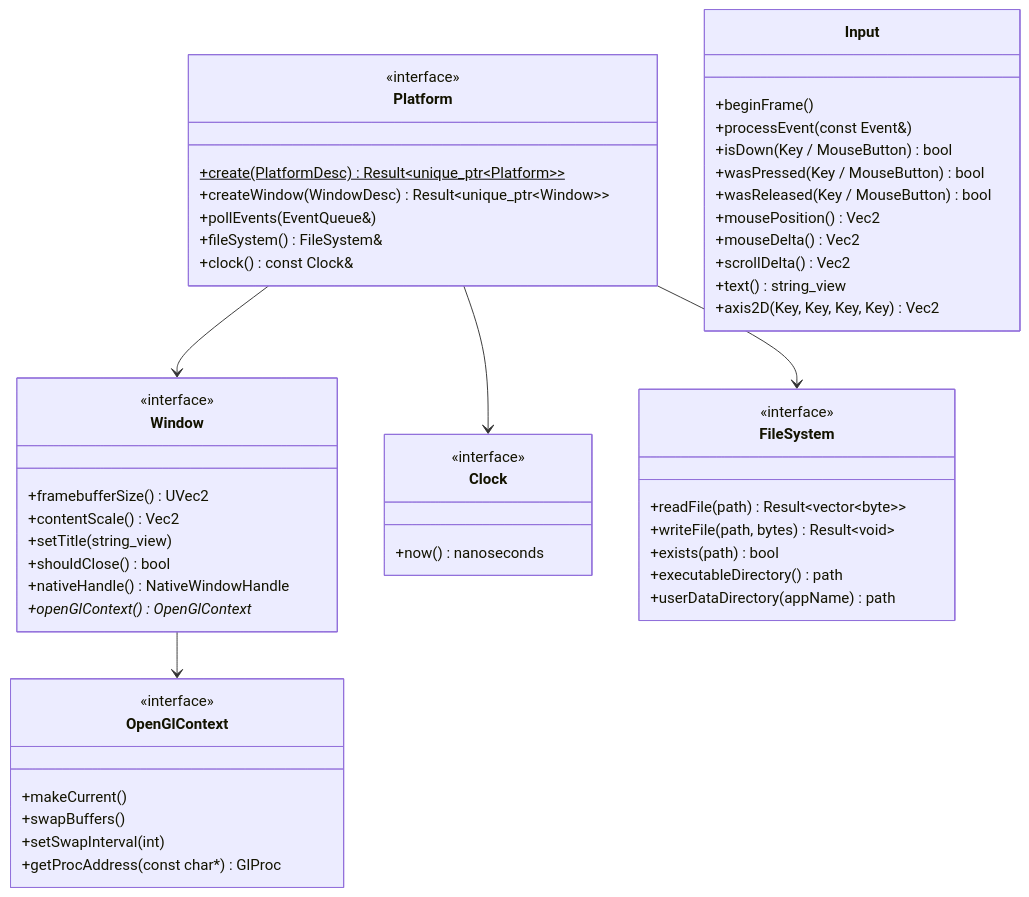
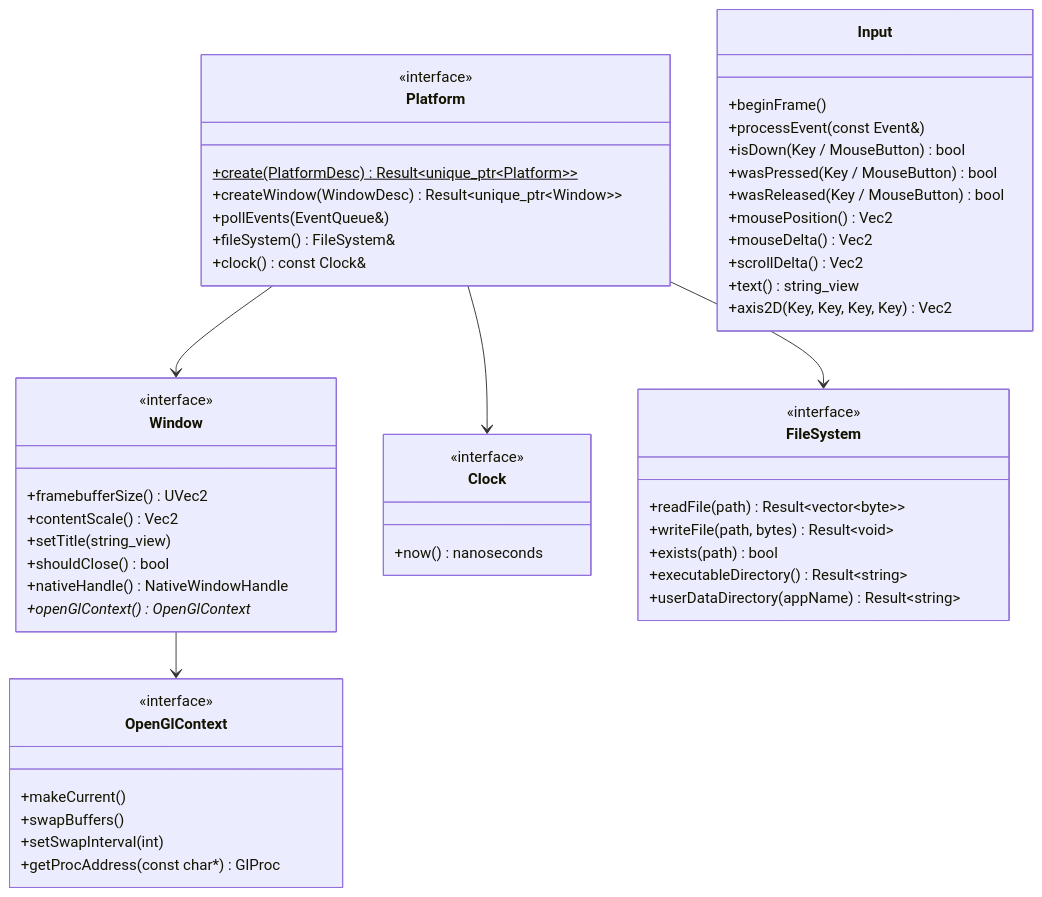
Before and after one commit to fyernald/teserra: the diagram in docs/architecture/platform-abstraction.md, drawn with Mermaid. The commit also changed other lines of this file and 11 other files, not shown here.

````diff
--- a/docs/architecture/platform-abstraction.md
+++ b/docs/architecture/platform-abstraction.md
@@ -21,55 +21,55 @@
 ```mermaid
 classDiagram
     class Platform {
         <<interface>>
         +create(PlatformDesc) Result~unique_ptr~Platform~~$
         +createWindow(WindowDesc) Result~unique_ptr~Window~~
         +pollEvents(EventQueue&)
         +fileSystem() FileSystem&
         +clock() const Clock&
     }
     class Window {
         <<interface>>
         +framebufferSize() UVec2
         +contentScale() Vec2
         +setTitle(string_view)
         +shouldClose() bool
         +nativeHandle() NativeWindowHandle
         +openGlContext() OpenGlContext*
     }
     class OpenGlContext {
         <<interface>>
         +makeCurrent()
         +swapBuffers()
         +setSwapInterval(int)
         +getProcAddress(const char*) GlProc
     }
     class Input {
         +beginFrame()
         +processEvent(const Event&)
         +isDown(Key / MouseButton) bool
         +wasPressed(Key / MouseButton) bool
         +wasReleased(Key / MouseButton) bool
         +mousePosition() Vec2
         +mouseDelta() Vec2
         +scrollDelta() Vec2
         +text() string_view
         +axis2D(Key, Key, Key, Key) Vec2
     }
     class Clock {
         <<interface>>
         +now() nanoseconds
     }
     class FileSystem {
         <<interface>>
         +readFile(path) Result~vector~byte~~
         +writeFile(path, bytes) Result~void~
         +exists(path) bool
-        +executableDirectory() path
-        +userDataDirectory(appName) path
+        +executableDirectory() Result~string~
+        +userDataDirectory(appName) Result~string~
     }
     Platform --> Window
     Window --> OpenGlContext
     Platform --> FileSystem
     Platform --> Clock
 ```
````
